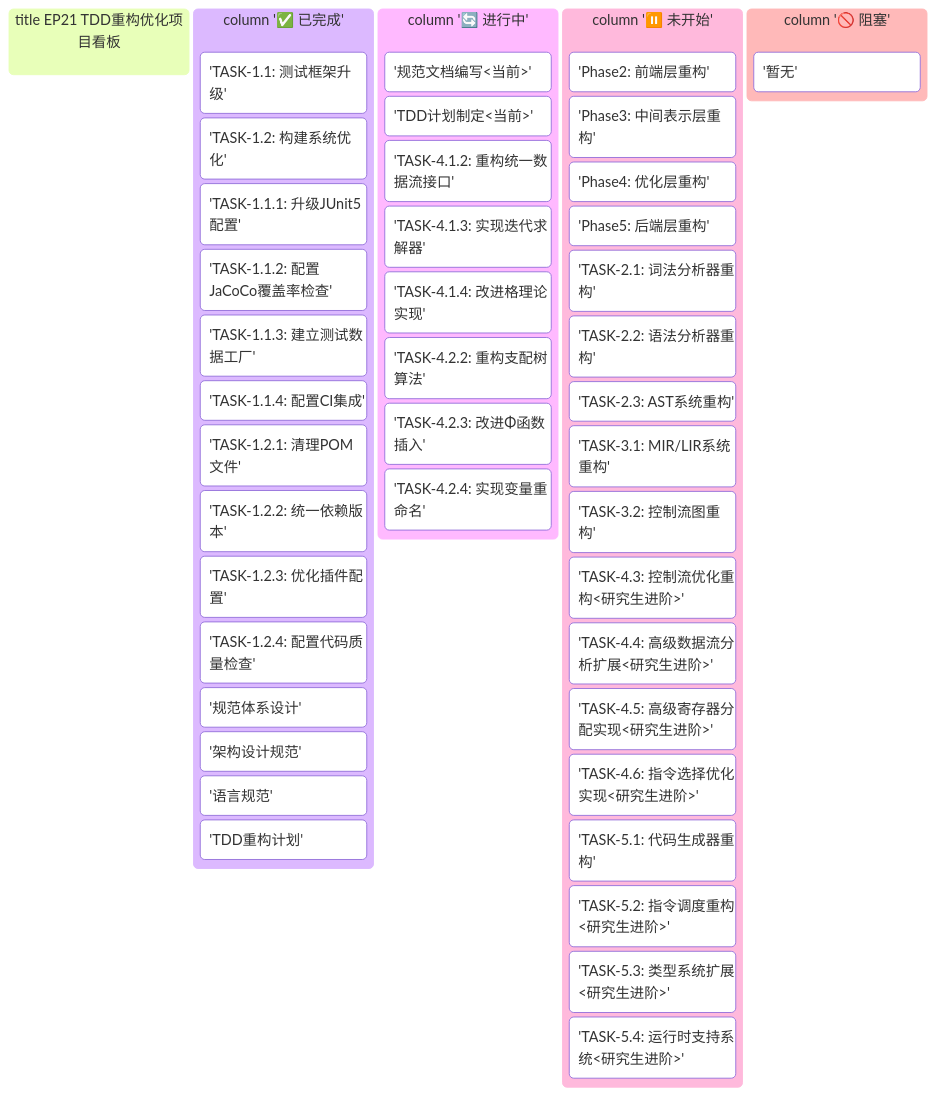
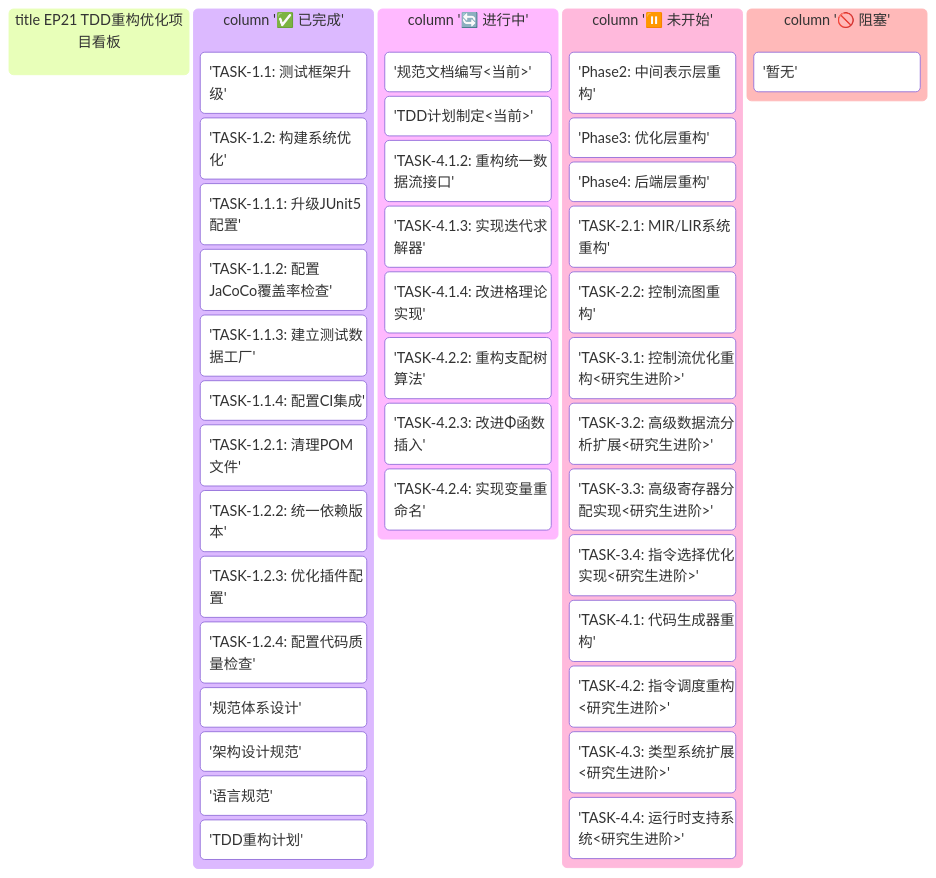
One commit to whtoo/How_to_implment_PL_in_Antlr4 changed the diagram in ep21/docs/TDD重构计划.md. Above: the diagram before and after it, drawn with Mermaid. The commit also changed other lines of this file and 19 other files, not shown here.

First line of the commit message:
feat: Implement data flow analysis framework with live variable and reaching definition analyses

````diff
--- a/ep21/docs/TDD重构计划.md
+++ b/ep21/docs/TDD重构计划.md
@@ -13,52 +13,48 @@
 ```mermaid
 kanban
   title EP21 TDD重构优化项目看板
 
   column '✅ 已完成'
     'TASK-1.1: 测试框架升级'
     'TASK-1.2: 构建系统优化'
     'TASK-1.1.1: 升级JUnit5配置'
     'TASK-1.1.2: 配置JaCoCo覆盖率检查'
     'TASK-1.1.3: 建立测试数据工厂'
     'TASK-1.1.4: 配置CI集成'
     'TASK-1.2.1: 清理POM文件'
     'TASK-1.2.2: 统一依赖版本'
     'TASK-1.2.3: 优化插件配置'
     'TASK-1.2.4: 配置代码质量检查'
     '规范体系设计'
     '架构设计规范'
     '语言规范'
     'TDD重构计划'
 
   column '🔄 进行中'
     '规范文档编写<当前>'
     'TDD计划制定<当前>'
     'TASK-4.1.2: 重构统一数据流接口'
     'TASK-4.1.3: 实现迭代求解器'
     'TASK-4.1.4: 改进格理论实现'
     'TASK-4.2.2: 重构支配树算法'
     'TASK-4.2.3: 改进Φ函数插入'
     'TASK-4.2.4: 实现变量重命名'
 
   column '⏸️ 未开始'
-    'Phase2: 前端层重构'
-    'Phase3: 中间表示层重构'
-    'Phase4: 优化层重构'
-    'Phase5: 后端层重构'
-    'TASK-2.1: 词法分析器重构'
-    'TASK-2.2: 语法分析器重构'
-    'TASK-2.3: AST系统重构'
-    'TASK-3.1: MIR/LIR系统重构'
-    'TASK-3.2: 控制流图重构'
-    'TASK-4.3: 控制流优化重构<研究生进阶>'
-    'TASK-4.4: 高级数据流分析扩展<研究生进阶>'
-    'TASK-4.5: 高级寄存器分配实现<研究生进阶>'
-    'TASK-4.6: 指令选择优化实现<研究生进阶>'
-    'TASK-5.1: 代码生成器重构'
-    'TASK-5.2: 指令调度重构<研究生进阶>'
-    'TASK-5.3: 类型系统扩展<研究生进阶>'
-    'TASK-5.4: 运行时支持系统<研究生进阶>'
+    'Phase2: 中间表示层重构'
+    'Phase3: 优化层重构'
+    'Phase4: 后端层重构'
+    'TASK-2.1: MIR/LIR系统重构'
+    'TASK-2.2: 控制流图重构'
+    'TASK-3.1: 控制流优化重构<研究生进阶>'
+    'TASK-3.2: 高级数据流分析扩展<研究生进阶>'
+    'TASK-3.3: 高级寄存器分配实现<研究生进阶>'
+    'TASK-3.4: 指令选择优化实现<研究生进阶>'
+    'TASK-4.1: 代码生成器重构'
+    'TASK-4.2: 指令调度重构<研究生进阶>'
+    'TASK-4.3: 类型系统扩展<研究生进阶>'
+    'TASK-4.4: 运行时支持系统<研究生进阶>'
 
   column '🚫 阻塞'
     '暂无'
 ```
````
